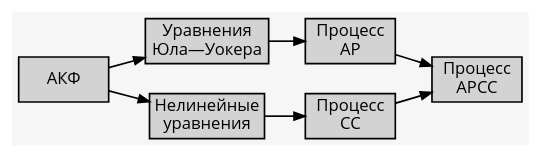
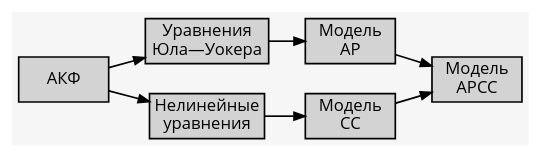
The first of 3 diagrams in arma-slides.org (igankevich/arma-thesis), drawn with Graphviz before and after one commit. The commit also changed other lines of this file and 4 other files, not shown here.

```diff
--- a/arma-slides.org
+++ b/arma-slides.org
@@ -86,20 +113,20 @@
 #+begin_src dot :exports results :file build/arma-pipeline-ru.pdf
 digraph G {
 
   node [fontname="Open Sans",fontsize=10,margin="0.055,0",shape=box,bgcolor="E5E6E5",style="filled",height="0.37"]
   graph [nodesep="0.25",ranksep="0.30",rankdir="LR" margin=0]
   edge [arrowsize=0.66]
   bgcolor="#F5F6F5"
 
   acf [label="АКФ"]
   yule_walker_equations [label="Уравнения\nЮла—Уокера"]
   nonlinear_equations [label="Нелинейные\nуравнения"]
-  ar_process [label="Процесс\nАР"]
-  ma_process [label="Процесс\nСС"]
-  arma_process [label="Процесс\nАРСС"]
+  ar_process [label="Модель\nАР"]
+  ma_process [label="Модель\nСС"]
+  arma_process [label="Модель\nАРСС"]
 
   acf->yule_walker_equations->ar_process->arma_process
   acf->nonlinear_equations->ma_process->arma_process
 
 }
 #+end_src
```
